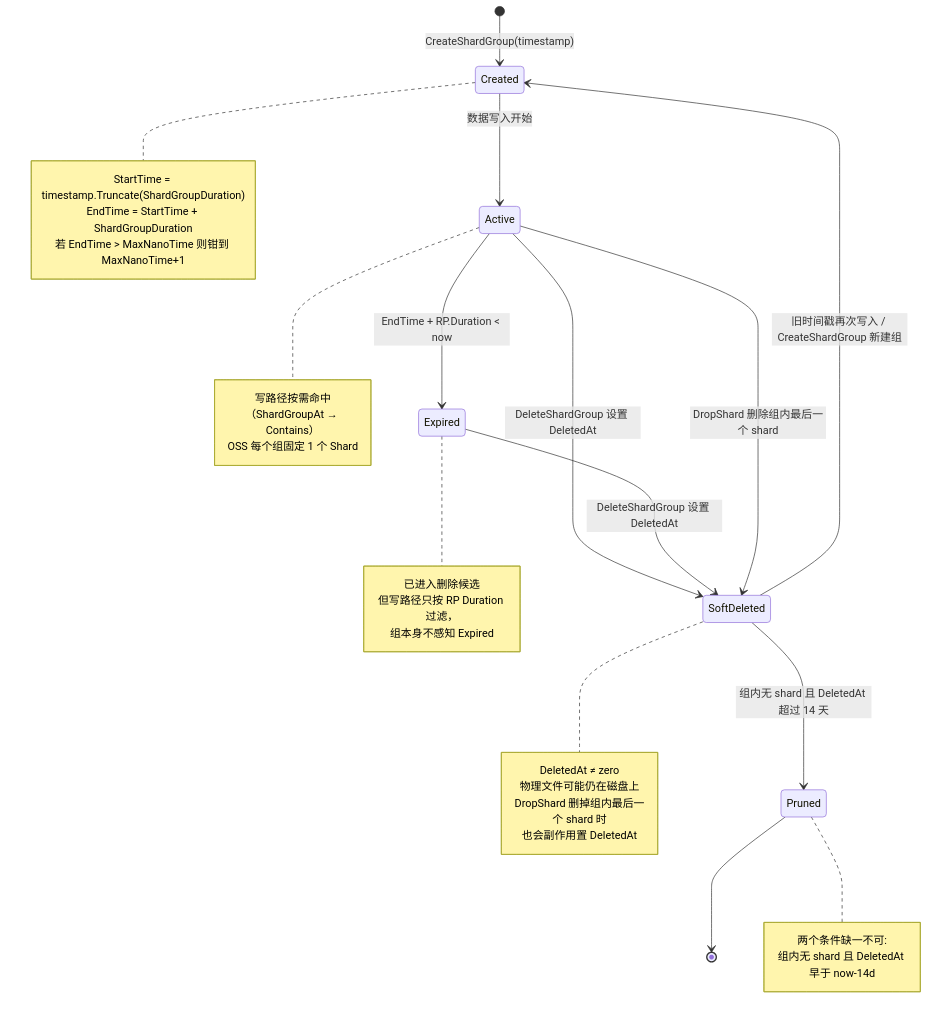
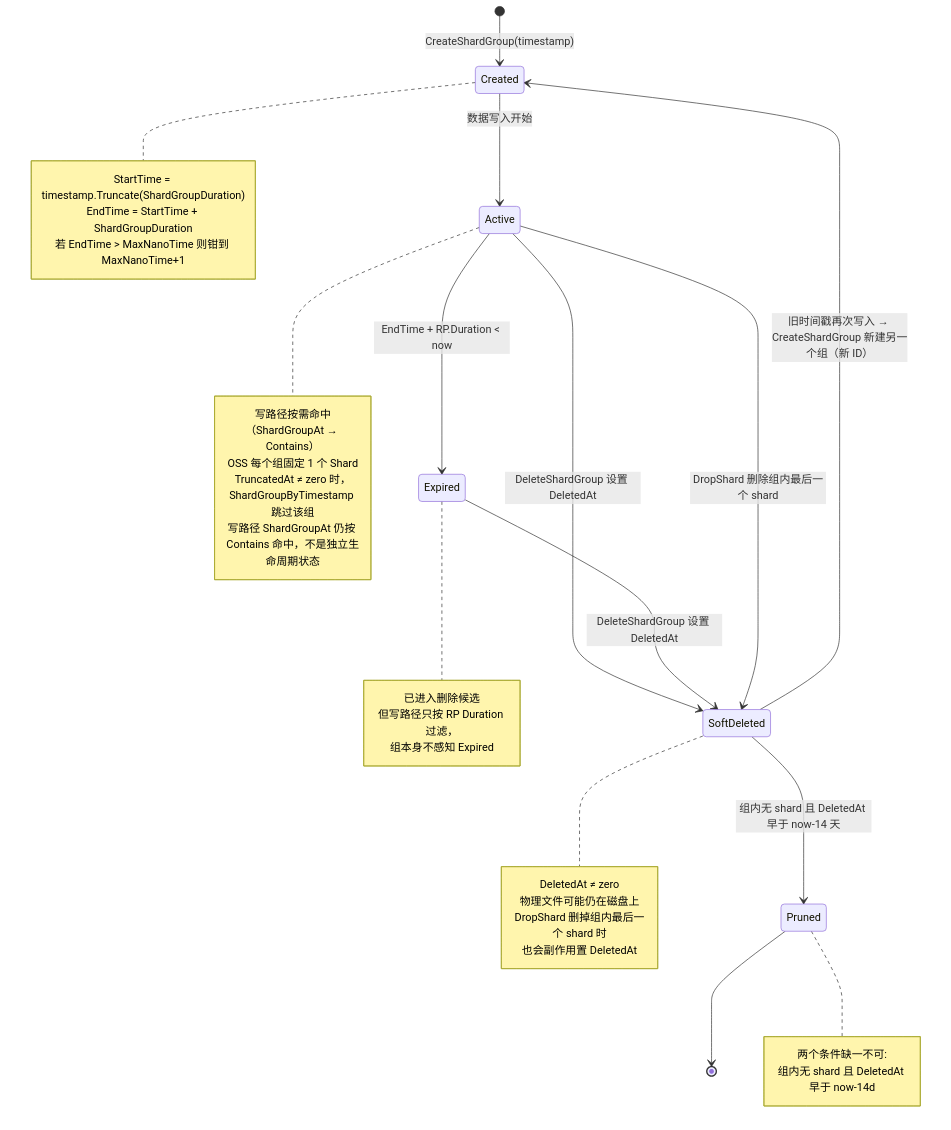
Before and after one commit to stefanv5/influxdb: the tenth of 17 diagrams in docs/specs/12_background_services_spec.md, drawn with Mermaid. The commit also changed other lines of this file and 18 other files, not shown here.

````diff
--- a/docs/specs/12_background_services_spec.md
+++ b/docs/specs/12_background_services_spec.md
@@ -1245,41 +1258,43 @@
 ```mermaid
 stateDiagram-v2
     [*] --> Created: CreateShardGroup(timestamp)
     Created --> Active: 数据写入开始
     Active --> Expired: EndTime + RP.Duration < now
     Active --> SoftDeleted: DeleteShardGroup 设置 DeletedAt
     Expired --> SoftDeleted: DeleteShardGroup 设置 DeletedAt
     Active --> SoftDeleted: DropShard 删除组内最后一个 shard
-    SoftDeleted --> Created: 旧时间戳再次写入 / CreateShardGroup 新建组
-    SoftDeleted --> Pruned: 组内无 shard 且 DeletedAt 超过 14 天
+    SoftDeleted --> Created: 旧时间戳再次写入 → CreateShardGroup 新建另一个组（新 ID）
+    SoftDeleted --> Pruned: 组内无 shard 且 DeletedAt 早于 now-14 天
     Pruned --> [*]
 
     note right of Created
         StartTime = timestamp.Truncate(ShardGroupDuration)
         EndTime = StartTime + ShardGroupDuration
         若 EndTime > MaxNanoTime 则钳到 MaxNanoTime+1
     end note
 
     note right of Active
         写路径按需命中（ShardGroupAt → Contains）
         OSS 每个组固定 1 个 Shard
+        TruncatedAt ≠ zero 时，ShardGroupByTimestamp 跳过该组
+        写路径 ShardGroupAt 仍按 Contains 命中，不是独立生命周期状态
     end note
 
     note right of Expired
         已进入删除候选
         但写路径只按 RP Duration 过滤，
         组本身不感知 Expired
     end note
 
     note right of SoftDeleted
         DeletedAt ≠ zero
         物理文件可能仍在磁盘上
         DropShard 删掉组内最后一个 shard 时
         也会副作用置 DeletedAt
     end note
 
     note right of Pruned
         两个条件缺一不可:
         组内无 shard 且 DeletedAt 早于 now-14d
     end note
 ```
````
